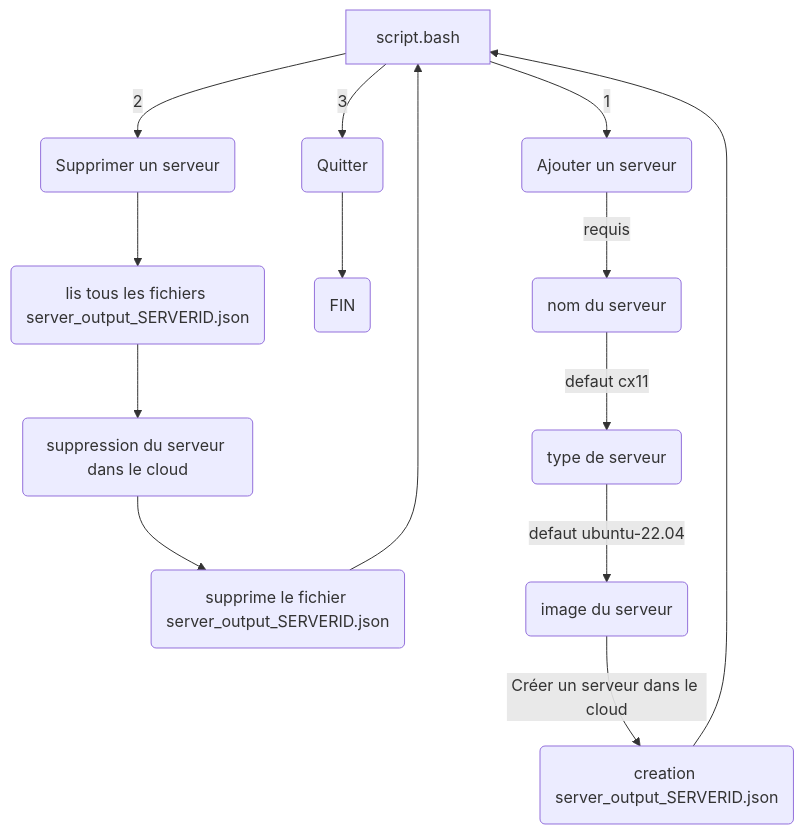
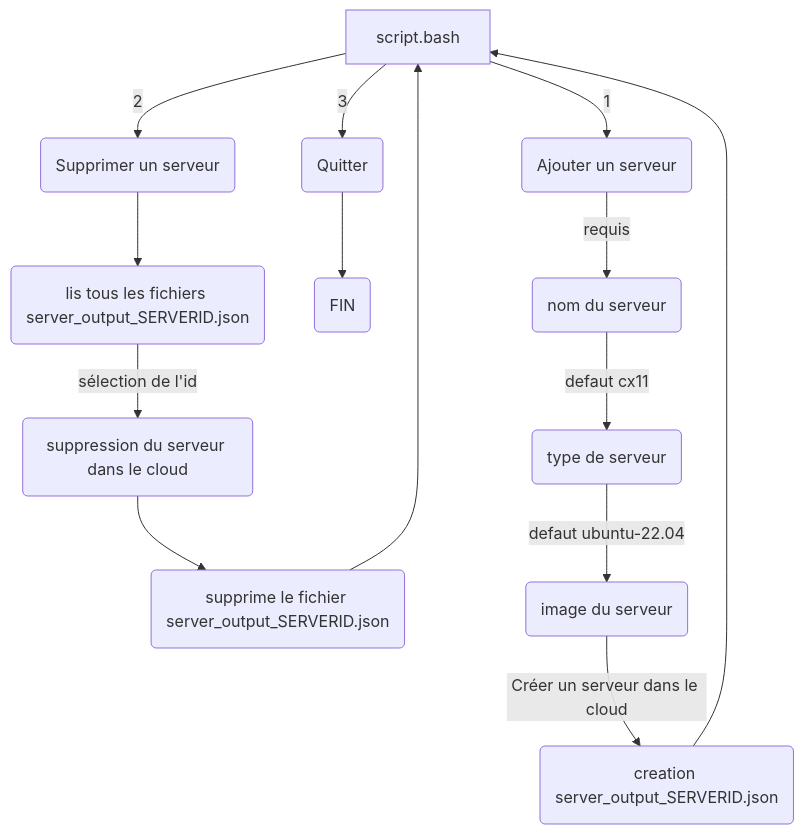
One commit to Davidstos/hetzner changed the diagram in README.md. Above: the diagram before and after it, drawn with Mermaid.

Commit message:
Modify flowchart

````diff
--- a/README.md
+++ b/README.md
@@ -5,11 +5,11 @@
 ```mermaid
 flowchart TD
     A[script.bash] -->|1| B(Ajouter un serveur)
-    A --> |2|C(Supprimer un serveur) --> J(lis tous les fichiers server_output_SERVERID.json) --> K(suppression du serveur dans le cloud) 
+    A --> |2|C(Supprimer un serveur) --> J(lis tous les fichiers server_output_SERVERID.json) --> |sélection de l'id|K(suppression du serveur dans le cloud) 
     K --> L(supprime le fichier server_output_SERVERID.json)
     L --> A
     A --> |3|D(Quitter)
     D --> E(FIN)
     B --> |requis|F(nom du serveur) --> |defaut cx11|G(type de serveur) --> |defaut ubuntu-22.04| H(image du serveur) -->|Créer un serveur dans le cloud| I(creation server_output_SERVERID.json)
     I --> A
 ```
````
